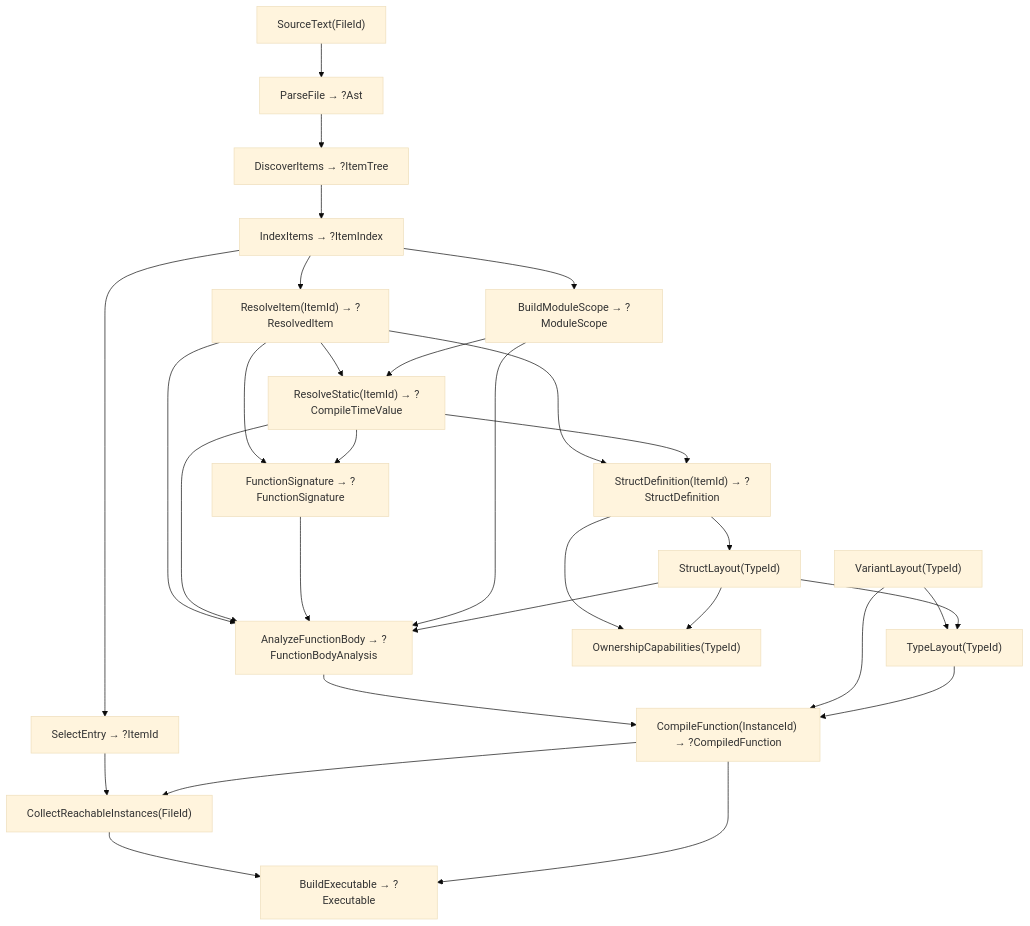
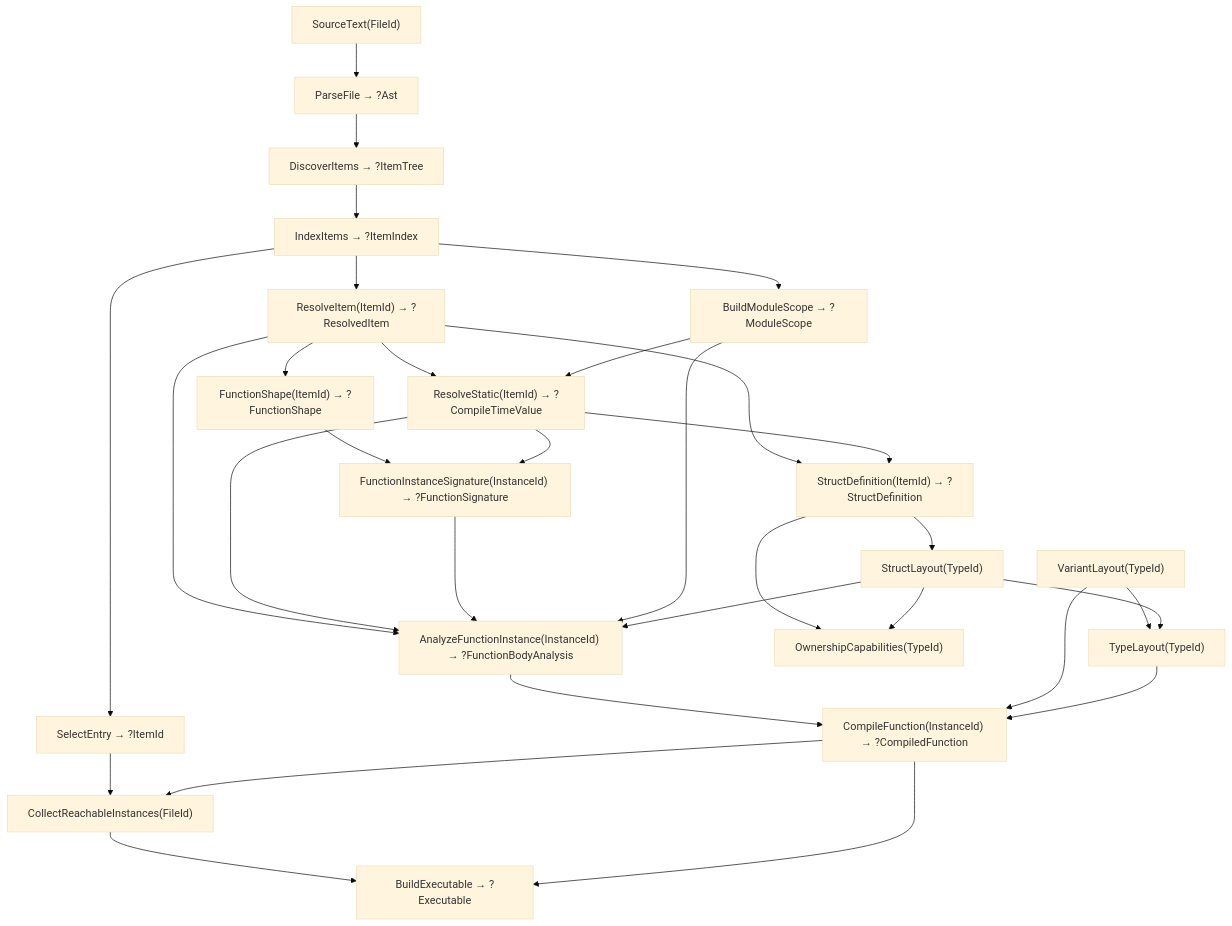
One commit to Pippepot/chimera-lang changed the diagram in PROGRAM_FLOW.md. Above: the diagram before and after it, drawn with Mermaid (base theme). The commit also changed other lines of this file and 12 other files, not shown here.

````diff
--- a/PROGRAM_FLOW.md
+++ b/PROGRAM_FLOW.md
@@ -9,32 +9,33 @@
 ```mermaid
 flowchart TD
     ST["SourceText(FileId)"] --> PF["ParseFile → ?Ast"]
     PF --> DI["DiscoverItems → ?ItemTree"]
     DI --> IX["IndexItems → ?ItemIndex"]
     IX --> SE["SelectEntry → ?ItemId"]
     IX --> MS["BuildModuleScope → ?ModuleScope"]
     IX --> RI["ResolveItem(ItemId) → ?ResolvedItem"]
     RI --> RS["ResolveStatic(ItemId) → ?CompileTimeValue"]
     MS --> RS
     RI --> SD["StructDefinition(ItemId) → ?StructDefinition"]
     RS --> SD
-    RI --> FS["FunctionSignature → ?FunctionSignature"]
+    RI --> FH["FunctionShape(ItemId) → ?FunctionShape"]
+    FH --> FS["FunctionInstanceSignature(InstanceId) → ?FunctionSignature"]
     RS --> FS
-    RI --> AB["AnalyzeFunctionBody → ?FunctionBodyAnalysis"]
+    RI --> AB["AnalyzeFunctionInstance(InstanceId) → ?FunctionBodyAnalysis"]
     RS --> AB
     FS --> AB
     MS --> AB
     AB --> CF["CompileFunction(InstanceId) → ?CompiledFunction"]
     VL["VariantLayout(TypeId)"] --> TL["TypeLayout(TypeId)"]
     SD --> SL["StructLayout(TypeId)"]
     SL --> TL
     SL --> AB
     SD --> OC["OwnershipCapabilities(TypeId)"]
     SL --> OC
     VL --> CF
     TL --> CF
     SE --> CR["CollectReachableInstances(FileId)"]
     CF --> CR
     CR --> BE["BuildExecutable → ?Executable"]
     CF --> BE
 ```
````
